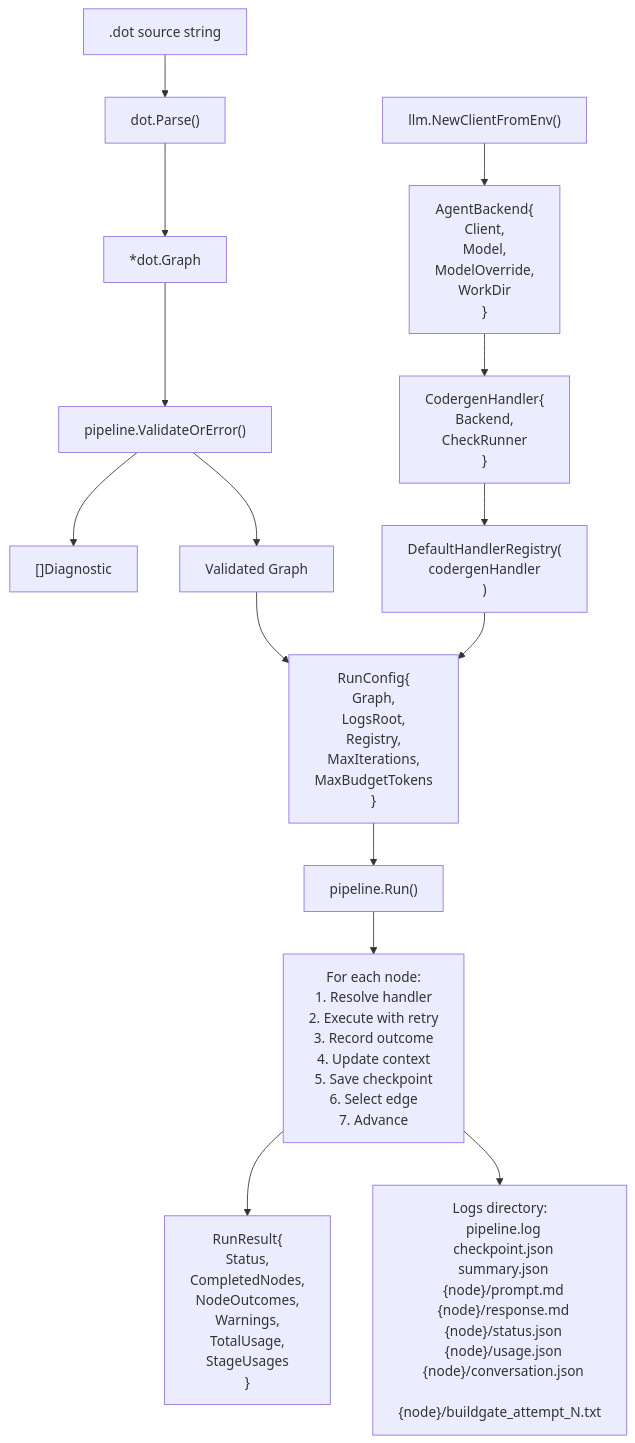
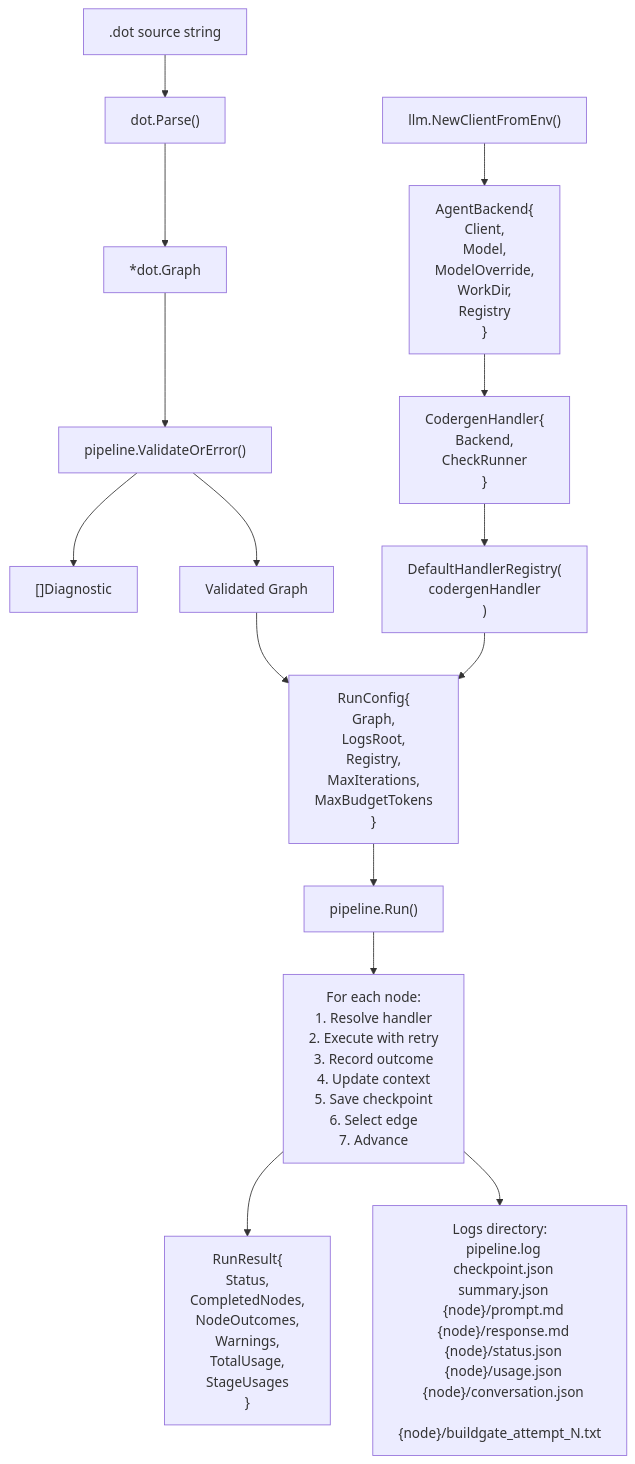
Before and after one commit to campallison/attractor: the tenth of 11 diagrams in docs/architecture.md, drawn with Mermaid. The commit also changed other lines of this file and 11 other files, not shown here.

````diff
--- a/docs/architecture.md
+++ b/docs/architecture.md
@@ -749,23 +755,23 @@
 ```mermaid
 flowchart TD
     DotSource[".dot source string"] --> Parse["dot.Parse()"]
     Parse --> Graph["*dot.Graph"]
     Graph --> Validate["pipeline.ValidateOrError()"]
     Validate --> Diagnostics["[]Diagnostic"]
     Validate --> ValidGraph["Validated Graph"]
 
     ValidGraph --> RunConfig["RunConfig{\n  Graph,\n  LogsRoot,\n  Registry,\n  MaxIterations,\n  MaxBudgetTokens\n}"]
 
-    LLMClient["llm.NewClientFromEnv()"] --> AgentBackend["AgentBackend{\n  Client,\n  Model,\n  ModelOverride,\n  WorkDir\n}"]
+    LLMClient["llm.NewClientFromEnv()"] --> AgentBackend["AgentBackend{\n  Client,\n  Model,\n  ModelOverride,\n  WorkDir,\n  Registry\n}"]
     AgentBackend --> CodergenH["CodergenHandler{\n  Backend,\n  CheckRunner\n}"]
     CodergenH --> Registry["DefaultHandlerRegistry(\n  codergenHandler\n)"]
     Registry --> RunConfig
 
     RunConfig --> Run["pipeline.Run()"]
 
     Run --> NodeLoop["For each node:\n1. Resolve handler\n2. Execute with retry\n3. Record outcome\n4. Update context\n5. Save checkpoint\n6. Select edge\n7. Advance"]
 
     NodeLoop --> Result["RunResult{\n  Status,\n  CompletedNodes,\n  NodeOutcomes,\n  Warnings,\n  TotalUsage,\n  StageUsages\n}"]
 
     NodeLoop --> Artifacts["Logs directory:\n  pipeline.log\n  checkpoint.json\n  summary.json\n  {node}/prompt.md\n  {node}/response.md\n  {node}/status.json\n  {node}/usage.json\n  {node}/conversation.json\n  {node}/buildgate_attempt_N.txt"]
 ```
````
